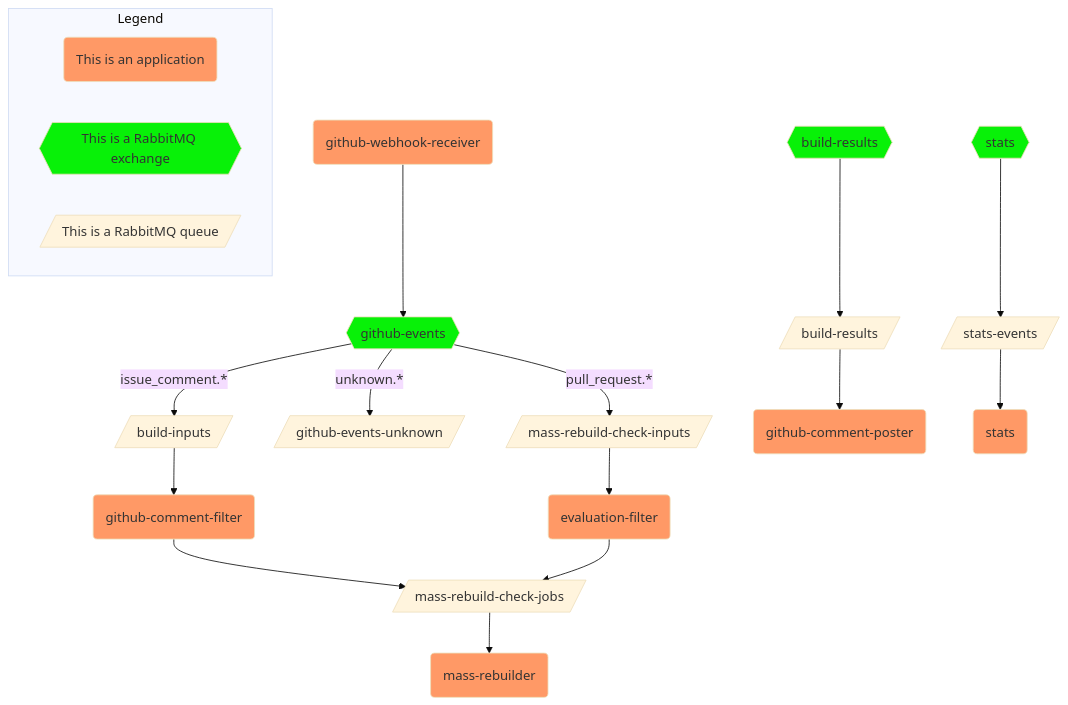
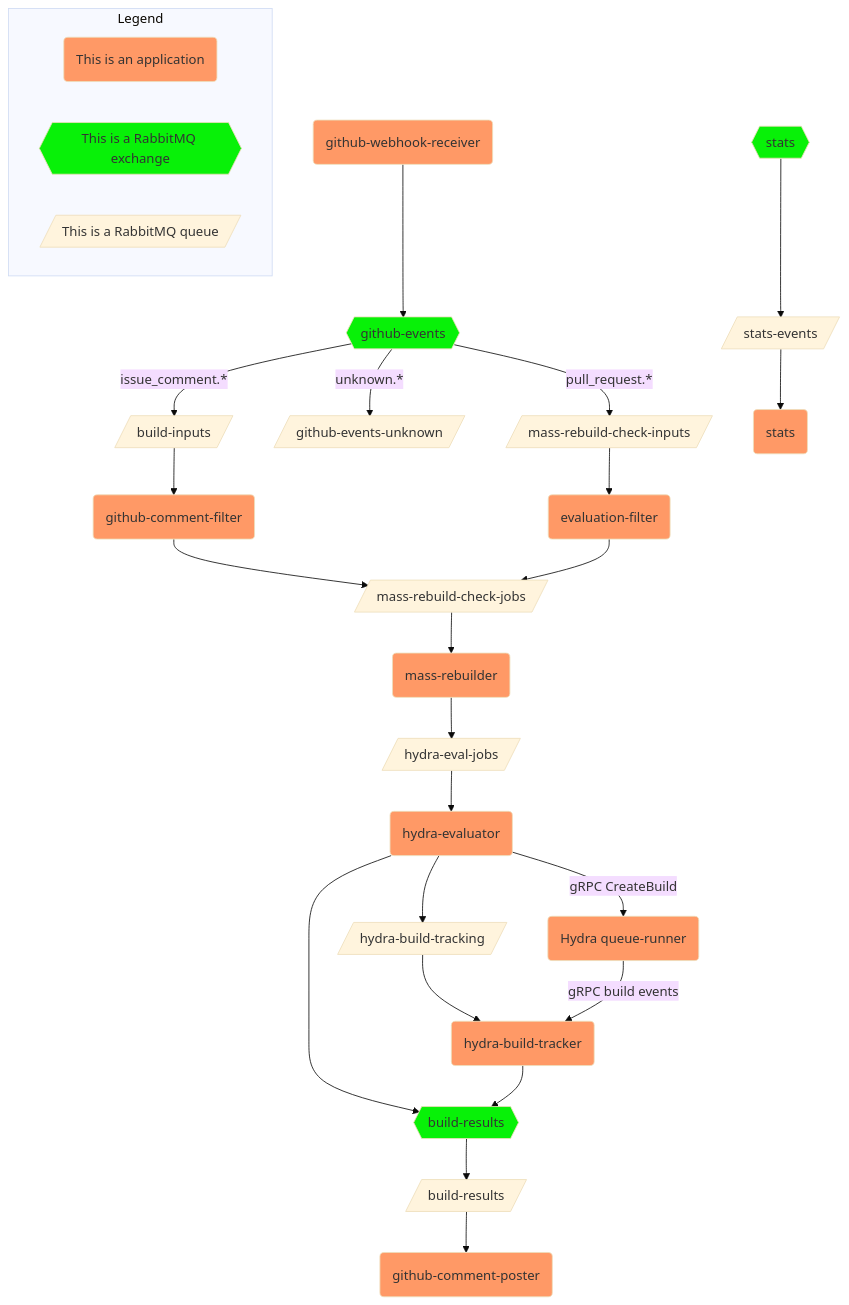
One commit to NixOS/ofborg changed the diagram in Architecture.md. Above: the diagram before and after it, drawn with Mermaid (base theme). The commit also changed other lines of this file and 21 other files, not shown here.

````diff
--- a/Architecture.md
+++ b/Architecture.md
@@ -124,41 +162,54 @@
 ```mermaid
 graph
   classDef component fill:#f96
   classDef exc fill:#08f108
 
   subgraph Legend
     app-example(This is an application):::component
     exchange-example{{This is a RabbitMQ exchange}}:::exc
     queue-example[/This is a RabbitMQ queue/]
   end
 
   github-webhook-receiver(github-webhook-receiver):::component
   github-events{{github-events}}:::exc
   build-inputs[/build-inputs/]
   github-events-unknown[/github-events-unknown/]
   mass-rebuild-check-inputs[/mass-rebuild-check-inputs/]
   github-comment-filter(github-comment-filter):::component
   evaluation-filter(evaluation-filter):::component
   mass-rebuild-check-jobs[/mass-rebuild-check-jobs/]
   mass-rebuilder(mass-rebuilder):::component
+  hydra-eval-jobs[/hydra-eval-jobs/]
+  hydra-evaluator(hydra-evaluator):::component
+  hydra-build-tracking[/hydra-build-tracking/]
+  hydra-build-tracker(hydra-build-tracker):::component
+  queue-runner(Hydra queue-runner):::component
   build-results{{build-results}}:::exc
   build-results-queue[/build-results/]
   github-comment-poster(github-comment-poster):::component
   stats{{stats}}:::exc
   stats-events[/stats-events/]
   stats-rs(stats):::component
 
   github-webhook-receiver --> github-events
   github-events -->|issue_comment.*| build-inputs
   github-events -->|unknown.*| github-events-unknown
   github-events -->|pull_request.*| mass-rebuild-check-inputs
   build-inputs --> github-comment-filter
   github-comment-filter --> mass-rebuild-check-jobs
   mass-rebuild-check-inputs --> evaluation-filter
   evaluation-filter --> mass-rebuild-check-jobs
   mass-rebuild-check-jobs --> mass-rebuilder
+  mass-rebuilder --> hydra-eval-jobs
+  hydra-eval-jobs --> hydra-evaluator
+  hydra-evaluator -->|gRPC CreateBuild| queue-runner
+  hydra-evaluator --> hydra-build-tracking
+  hydra-evaluator --> build-results
+  hydra-build-tracking --> hydra-build-tracker
+  queue-runner -->|gRPC build events| hydra-build-tracker
+  hydra-build-tracker --> build-results
   build-results --> build-results-queue
   build-results-queue --> github-comment-poster
   stats --> stats-events
   stats-events --> stats-rs
 ```
````
